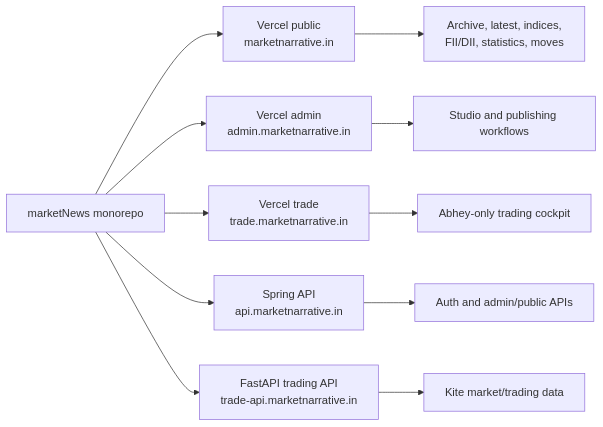
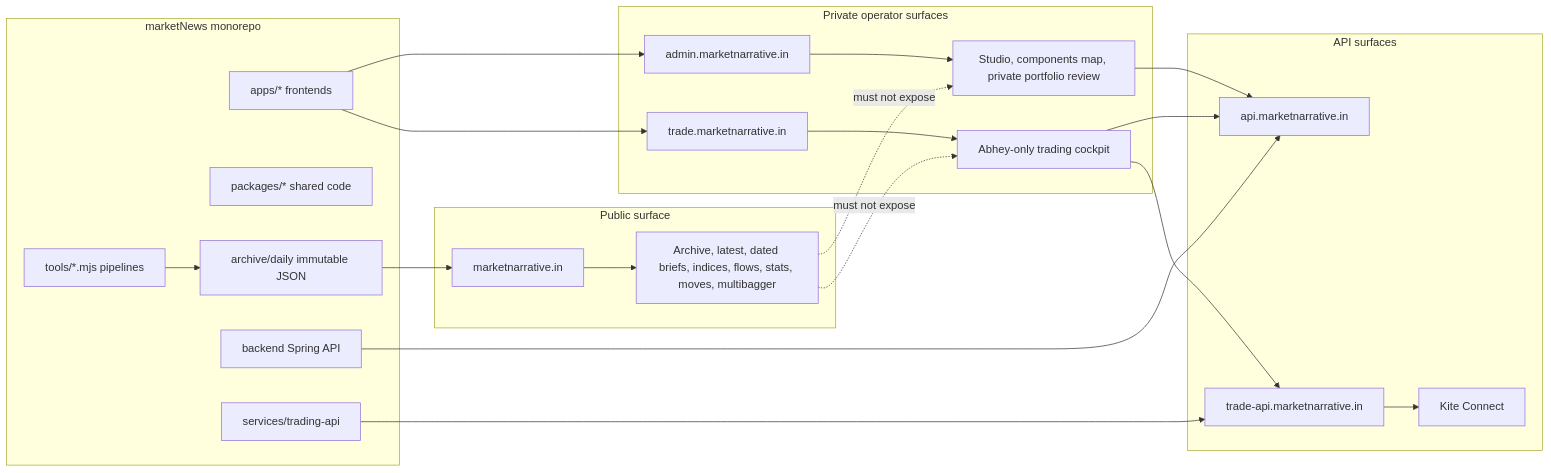
The diagram in context/architecture-diagrams/01-production-surfaces.mmd (Abheydeep/marketNews), drawn with Mermaid before and after one commit. The commit also changed 11 other files, not shown here.

Commit message:
chore(context): improve diagrams and stage logging

```diff
--- a/context/architecture-diagrams/01-production-surfaces.mmd
+++ b/context/architecture-diagrams/01-production-surfaces.mmd
@@ -1,11 +1,44 @@
 flowchart LR
-  Repo[marketNews monorepo] --> Public[Vercel public<br/>marketnarrative.in]
-  Repo --> Admin[Vercel admin<br/>admin.marketnarrative.in]
-  Repo --> Trade[Vercel trade<br/>trade.marketnarrative.in]
-  Repo --> Spring[Spring API<br/>api.marketnarrative.in]
-  Repo --> FastAPI[FastAPI trading API<br/>trade-api.marketnarrative.in]
-  Public --> PublicData[Archive, latest, indices,<br/>FII/DII, statistics, moves]
-  Admin --> PrivateStudio[Studio and publishing workflows]
-  Trade --> Cockpit[Abhey-only trading cockpit]
-  Spring --> Auth[Auth and admin/public APIs]
-  FastAPI --> Kite[Kite market/trading data]
+  subgraph Repo["marketNews monorepo"]
+    Tools["tools/*.mjs pipelines"]
+    Apps["apps/* frontends"]
+    Packages["packages/* shared code"]
+    Services["services/trading-api"]
+    Backend["backend Spring API"]
+    Archive["archive/daily immutable JSON"]
+  end
+
+  subgraph Public["Public surface"]
+    PublicDomain["marketnarrative.in"]
+    PublicPages["Archive, latest, dated briefs, indices, flows, stats, moves, multibagger"]
+  end
+
+  subgraph Private["Private operator surfaces"]
+    AdminDomain["admin.marketnarrative.in"]
+    TradeDomain["trade.marketnarrative.in"]
+    AdminPages["Studio, components map, private portfolio review"]
+    TradePages["Abhey-only trading cockpit"]
+  end
+
+  subgraph APIs["API surfaces"]
+    Spring["api.marketnarrative.in"]
+    FastAPI["trade-api.marketnarrative.in"]
+    Kite["Kite Connect"]
+  end
+
+  Tools --> Archive
+  Archive --> PublicDomain
+  Apps --> AdminDomain
+  Apps --> TradeDomain
+  PublicDomain --> PublicPages
+  AdminDomain --> AdminPages
+  TradeDomain --> TradePages
+  AdminPages --> Spring
+  TradePages --> Spring
+  TradePages --> FastAPI
+  FastAPI --> Kite
+  Backend --> Spring
+  Services --> FastAPI
+
+  PublicPages -. must not expose .-> AdminPages
+  PublicPages -. must not expose .-> TradePages
```
